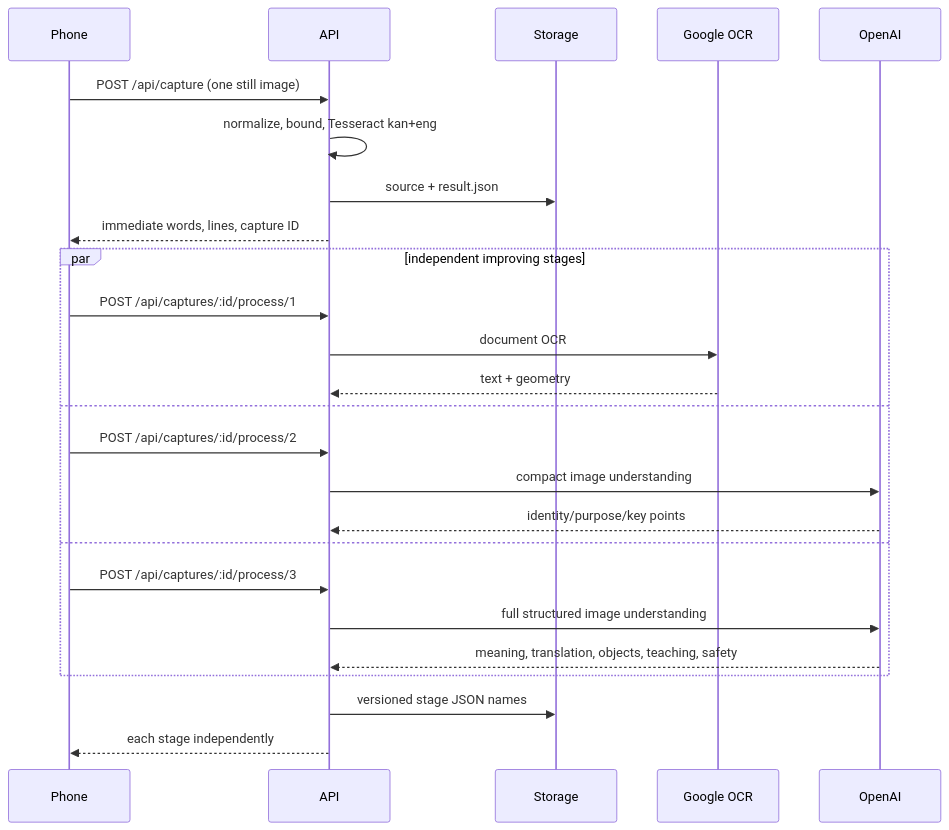
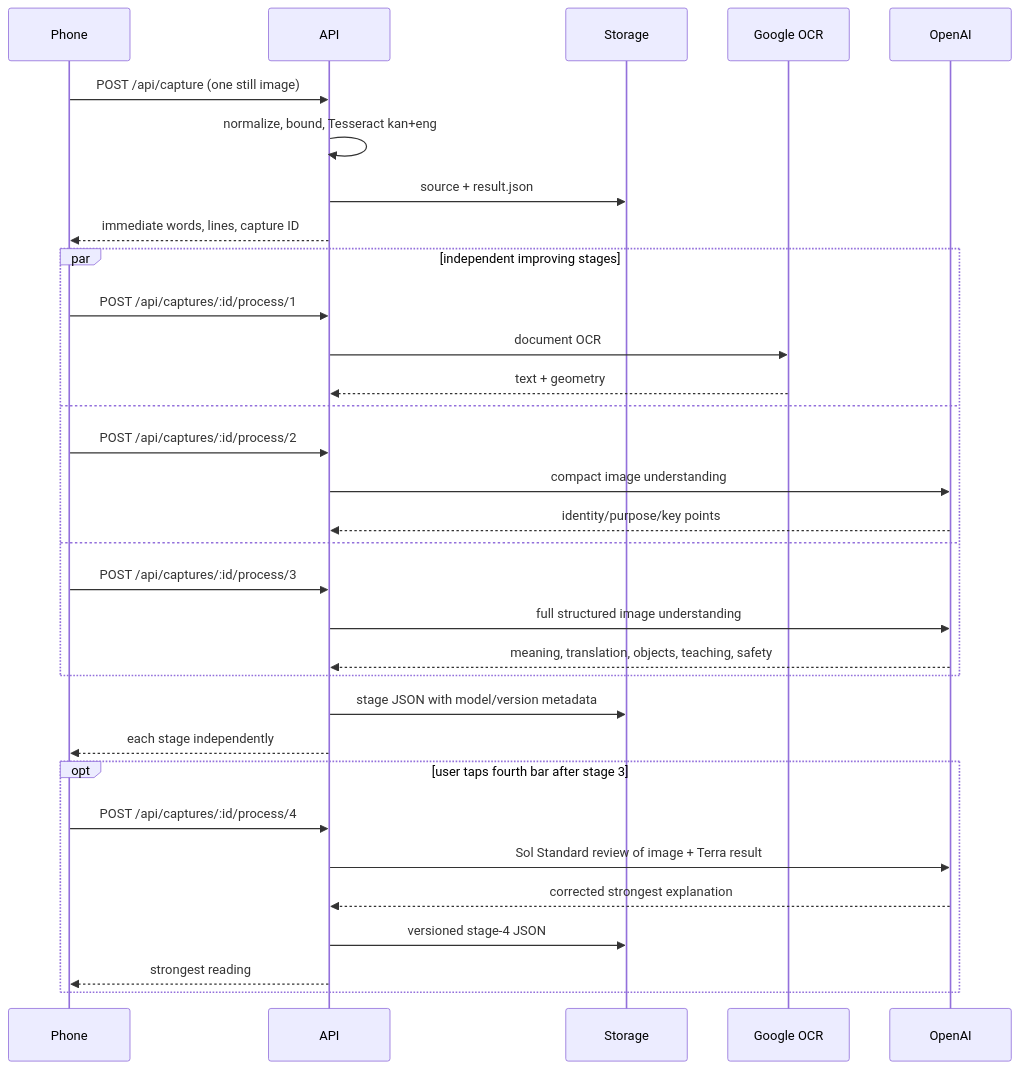
Before and after one commit to naal123456/villagelensai: the second of 2 diagrams in docs/CURRENT_ARCHITECTURE_20260912.md, drawn with Mermaid. The commit also changed other lines of this file and 7 other files, not shown here.

Commit message:
Adopt cost-controlled Luna Terra Sol reader

````diff
--- a/docs/CURRENT_ARCHITECTURE_20260912.md
+++ b/docs/CURRENT_ARCHITECTURE_20260912.md
@@ -101,28 +100,35 @@
 ```mermaid
 sequenceDiagram
     participant Phone
     participant API
     participant Storage
     participant Google as Google OCR
     participant OpenAI
 
     Phone->>API: POST /api/capture (one still image)
     API->>API: normalize, bound, Tesseract kan+eng
     API->>Storage: source + result.json
     API-->>Phone: immediate words, lines, capture ID
     par independent improving stages
         Phone->>API: POST /api/captures/:id/process/1
         API->>Google: document OCR
         Google-->>API: text + geometry
     and
         Phone->>API: POST /api/captures/:id/process/2
         API->>OpenAI: compact image understanding
         OpenAI-->>API: identity/purpose/key points
     and
         Phone->>API: POST /api/captures/:id/process/3
         API->>OpenAI: full structured image understanding
         OpenAI-->>API: meaning, translation, objects, teaching, safety
     end
-    API->>Storage: versioned stage JSON names
+    API->>Storage: stage JSON with model/version metadata
     API-->>Phone: each stage independently
+    opt user taps fourth bar after stage 3
+        Phone->>API: POST /api/captures/:id/process/4
+        API->>OpenAI: Sol Standard review of image + Terra result
+        OpenAI-->>API: corrected strongest explanation
+        API->>Storage: versioned stage-4 JSON
+        API-->>Phone: strongest reading
+    end
 ```
````
